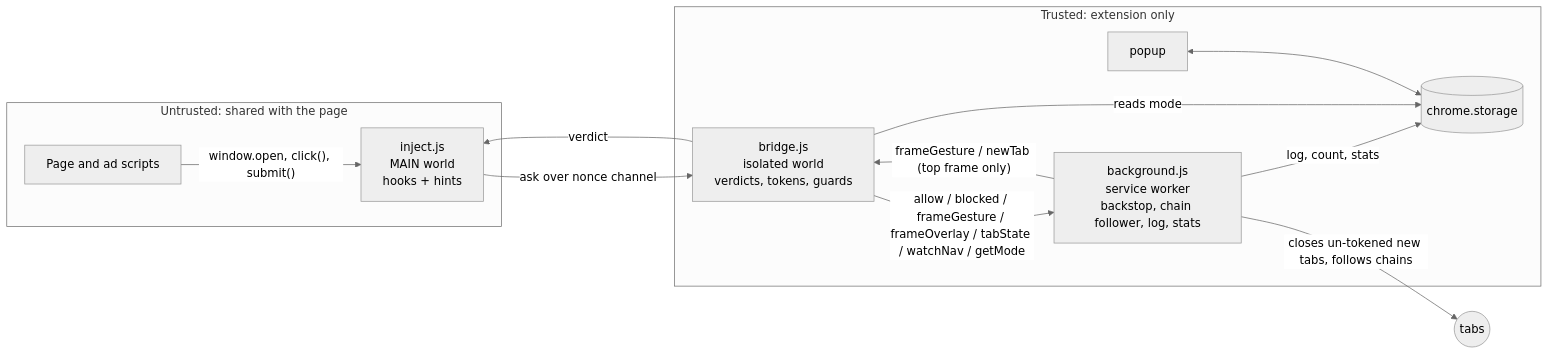
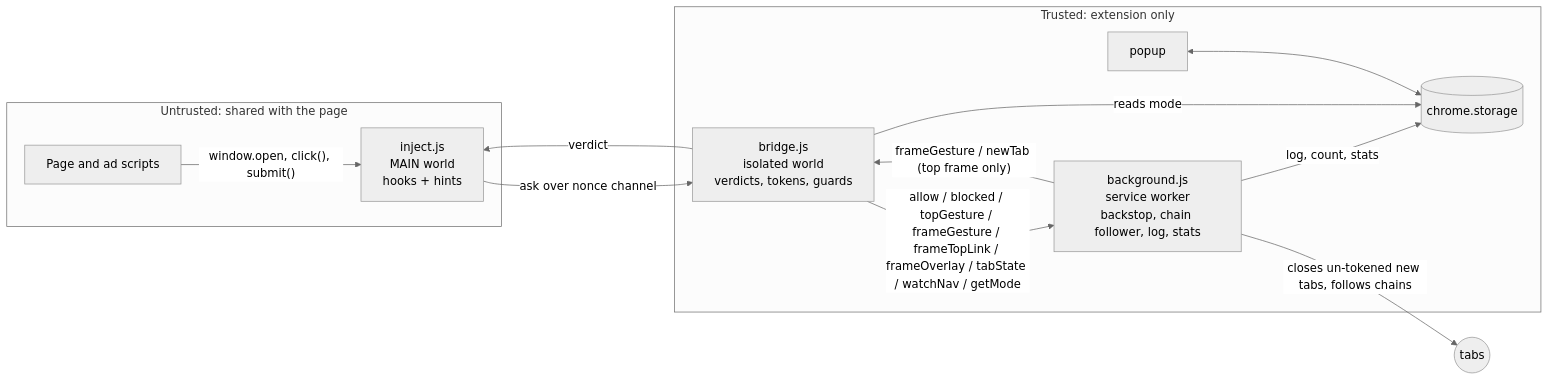
Before and after one commit to madironman/popshield: the first of 4 diagrams in docs/ARCHITECTURE.md, drawn with Mermaid (neutral theme). The commit also changed other lines of this file and 10 other files, not shown here.

````diff
--- a/docs/ARCHITECTURE.md
+++ b/docs/ARCHITECTURE.md
@@ -42,22 +42,22 @@
 ```mermaid
 flowchart LR
   subgraph Untrusted["Untrusted: shared with the page"]
     PG["Page and ad scripts"]
     I["inject.js<br/>MAIN world<br/>hooks + hints"]
   end
   subgraph Trusted["Trusted: extension only"]
     B["bridge.js<br/>isolated world<br/>verdicts, tokens, guards"]
     BG["background.js<br/>service worker<br/>backstop, chain follower, log, stats"]
     POP["popup"]
     S[("chrome.storage")]
   end
   PG -- "window.open, click(), submit()" --> I
   I -- "ask over nonce channel" --> B
   B -- "verdict" --> I
-  B -- "allow / blocked / frameGesture / frameOverlay / tabState / watchNav / getMode" --> BG
+  B -- "allow / blocked / topGesture / frameGesture / frameTopLink / frameOverlay / tabState / watchNav / getMode" --> BG
   BG -- "frameGesture / newTab (top frame only)" --> B
   BG -- "closes un-tokened new tabs, follows chains" --> X(("tabs"))
   BG -- "log, count, stats" --> S
   B -- "reads mode" --> S
   POP <--> S
 ```
````
